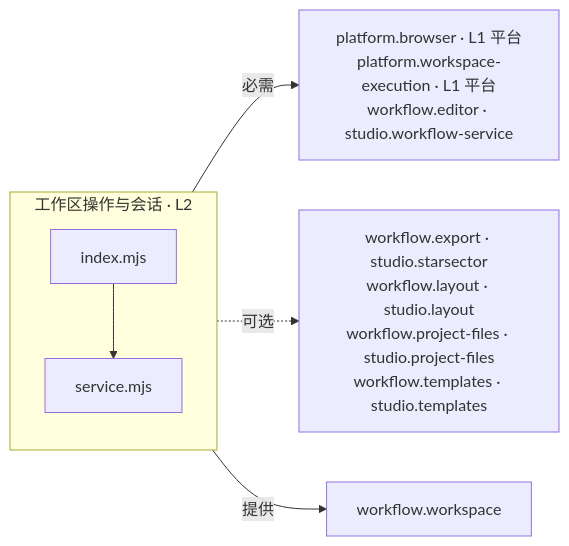
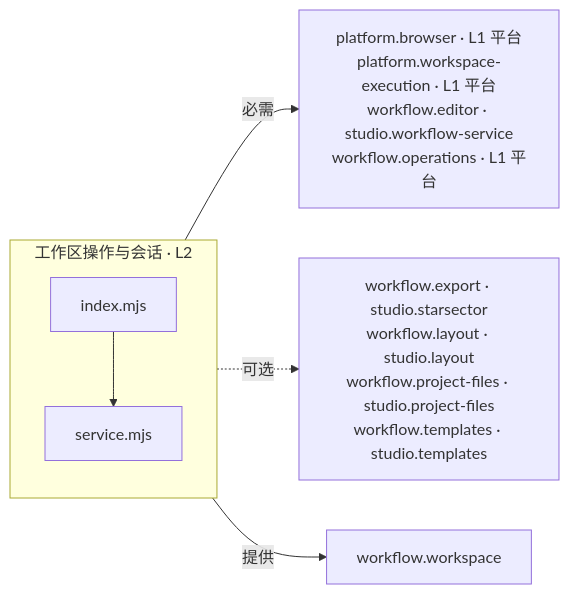
One commit to Eb-Ling/MengGodWorkflowStudio changed diagram 31 of 31 in docs/ARCHITECTURE_V1.md. Above: the diagram before and after it, drawn with Mermaid. The commit also changed other lines of this file and 114 other files, not shown here.

````diff
--- a/docs/ARCHITECTURE_V1.md
+++ b/docs/ARCHITECTURE_V1.md
@@ -679,13 +706,13 @@
 ```mermaid
 flowchart LR
   subgraph P["工作区操作与会话 · L2"]
     F0["index.mjs"]
     F1["service.mjs"]
     F0 --> F1
   end
-  R["platform.browser · L1 平台<br/>platform.workspace-execution · L1 平台<br/>workflow.editor · studio.workflow-service"]
+  R["platform.browser · L1 平台<br/>platform.workspace-execution · L1 平台<br/>workflow.editor · studio.workflow-service<br/>workflow.operations · L1 平台"]
   P -->|必需| R
   O["workflow.export · studio.starsector<br/>workflow.layout · studio.layout<br/>workflow.project-files · studio.project-files<br/>workflow.templates · studio.templates"]
   P -.->|可选| O
   P -->|提供| A["workflow.workspace"]
 ```
````
